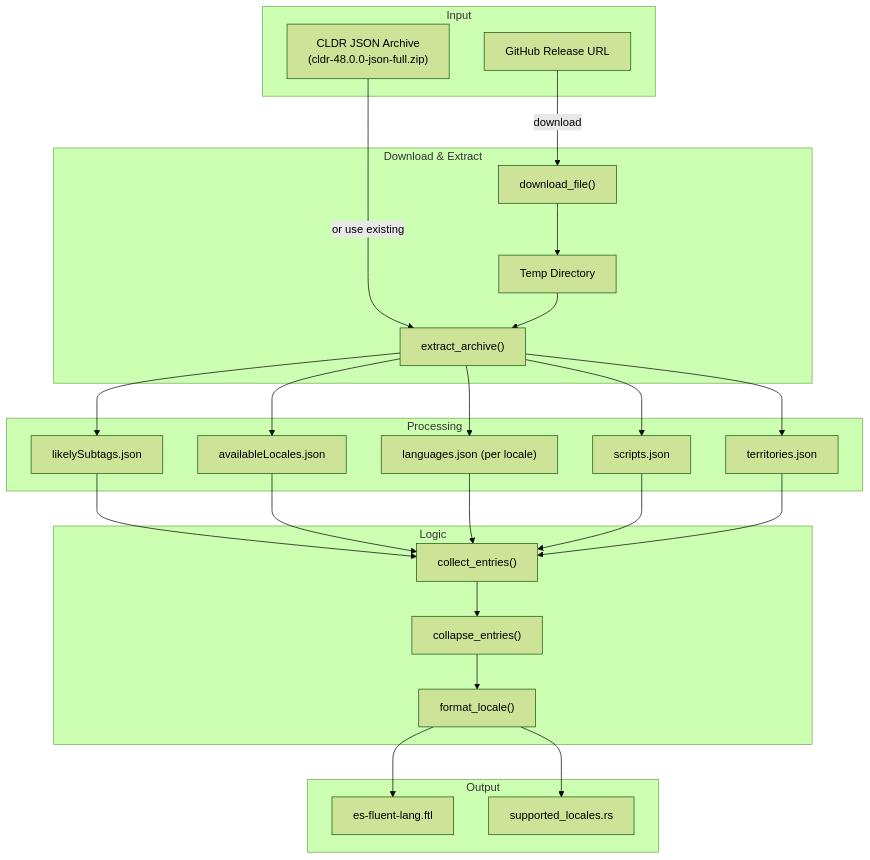
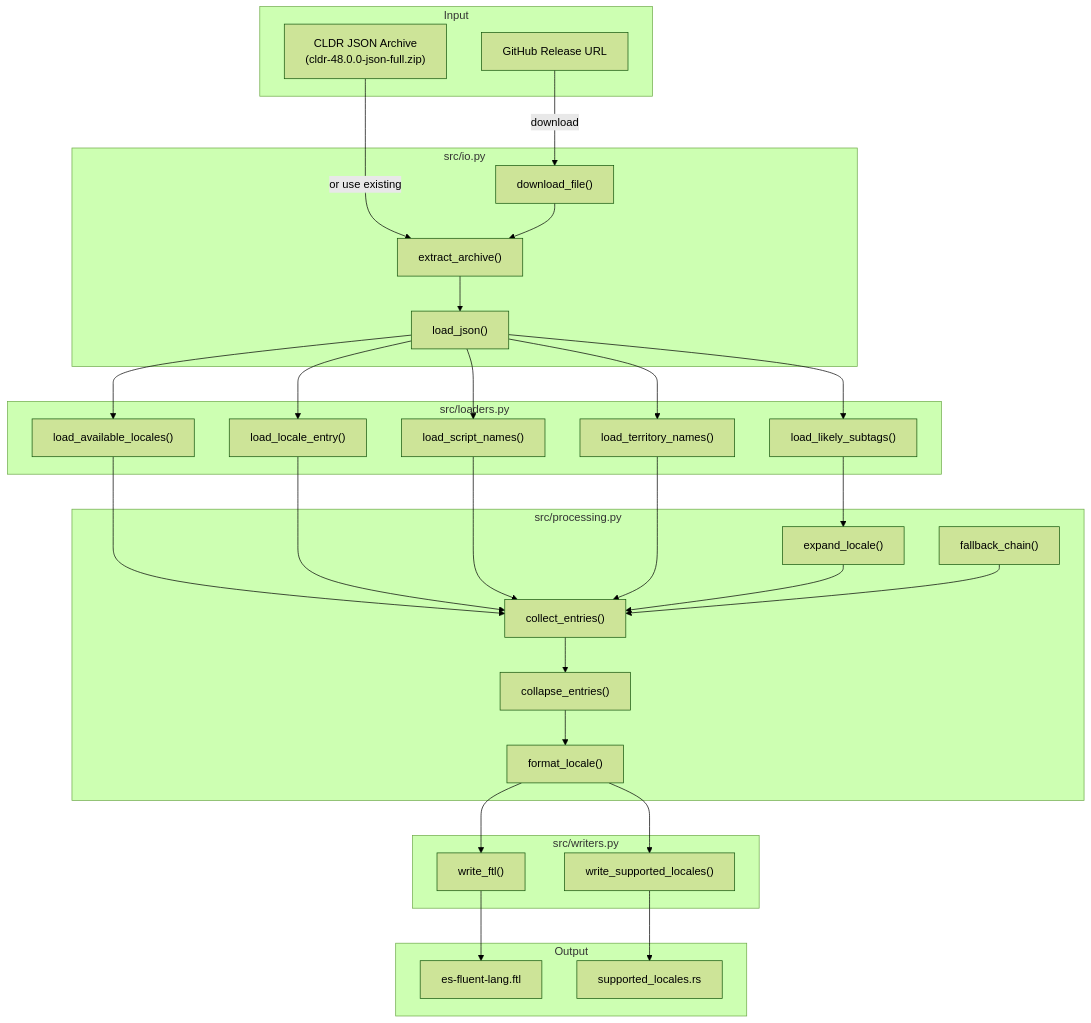
The diagram in scripts/cldr-es-fluent-lang/docs/ARCHITECTURE.md (stayhydated/es-fluent), drawn with Mermaid (forest theme) before and after one commit. The commit also changed other lines of this file and 12 other files, not shown here.

````diff
--- a/scripts/cldr-es-fluent-lang/docs/ARCHITECTURE.md
+++ b/scripts/cldr-es-fluent-lang/docs/ARCHITECTURE.md
@@ -11,44 +28,56 @@
 ```mermaid
 flowchart TD
     subgraph INPUT["Input"]
         CLDR["CLDR JSON Archive<br/>(cldr-48.0.0-json-full.zip)"]
         URL["GitHub Release URL"]
     end
 
-    subgraph DOWNLOAD["Download & Extract"]
+    subgraph IO["src/io.py"]
         DL["download_file()"]
         EXT["extract_archive()"]
-        TMP["Temp Directory"]
+        LOAD["load_json()"]
     end
 
-    subgraph PROCESS["Processing"]
-        LIKELY["likelySubtags.json"]
-        AVAIL["availableLocales.json"]
-        LANGS["languages.json (per locale)"]
-        SCRIPTS["scripts.json"]
-        TERR["territories.json"]
+    subgraph LOADERS["src/loaders.py"]
+        LIKELY["load_likely_subtags()"]
+        AVAIL["load_available_locales()"]
+        LOCALE["load_locale_entry()"]
+        SCRIPT["load_script_names()"]
+        TERR["load_territory_names()"]
     end
 
-    subgraph LOGIC["Logic"]
+    subgraph PROCESSING["src/processing.py"]
         COLLECT["collect_entries()"]
         COLLAPSE["collapse_entries()"]
         FORMAT["format_locale()"]
+        EXPAND["expand_locale()"]
+        FALLBACK["fallback_chain()"]
+    end
+
+    subgraph WRITERS["src/writers.py"]
+        WFTL["write_ftl()"]
+        WRS["write_supported_locales()"]
     end
 
     subgraph OUTPUT["Output"]
         FTL["es-fluent-lang.ftl"]
         RS["supported_locales.rs"]
     end
 
     URL -->|download| DL
     CLDR -->|or use existing| EXT
-    DL --> TMP
-    TMP --> EXT
-    EXT --> LIKELY & AVAIL & LANGS & SCRIPTS & TERR
+    DL --> EXT
+    EXT --> LOAD
 
-    LIKELY & AVAIL --> COLLECT
-    LANGS & SCRIPTS & TERR --> COLLECT
+    LOAD --> LIKELY & AVAIL & LOCALE & SCRIPT & TERR
+
+    LIKELY --> EXPAND
+    AVAIL --> COLLECT
+    LOCALE & SCRIPT & TERR --> COLLECT
+    EXPAND & FALLBACK --> COLLECT
     COLLECT --> COLLAPSE
     COLLAPSE --> FORMAT
-    FORMAT --> FTL & RS
+    FORMAT --> WFTL & WRS
+    WFTL --> FTL
+    WRS --> RS
 ```
````
